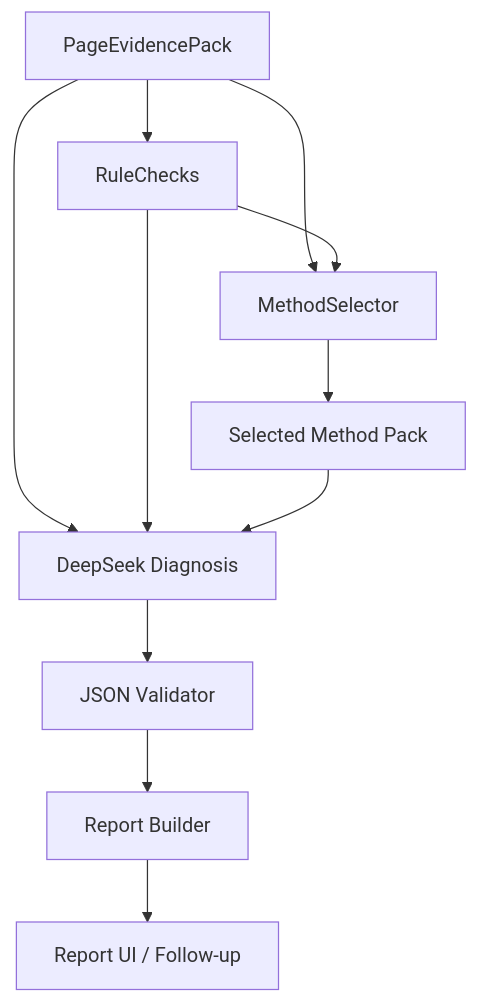
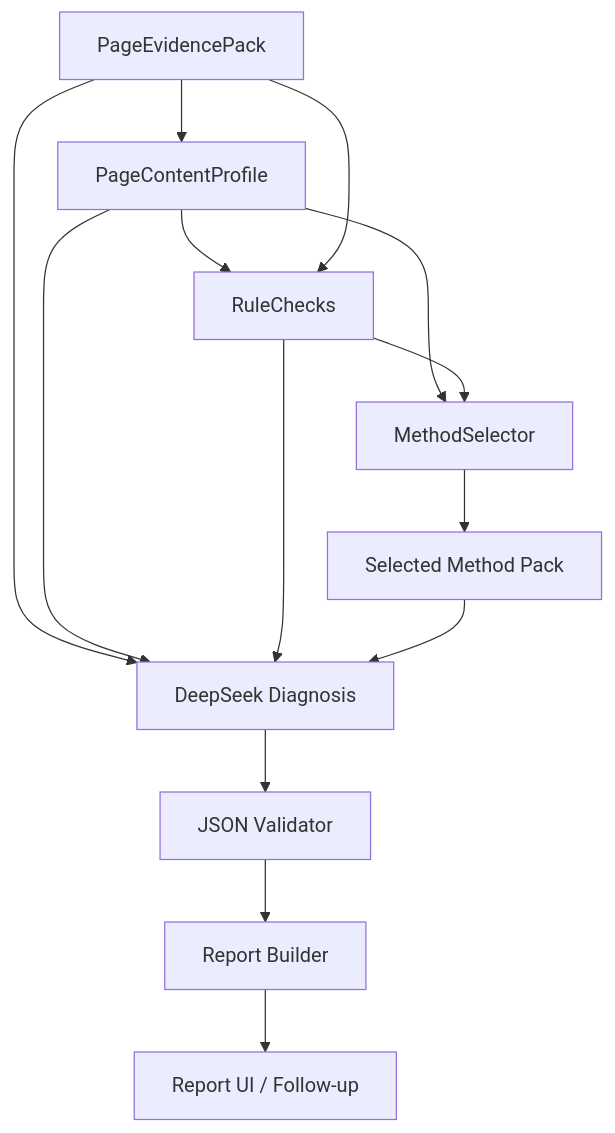
Before and after one commit to ai-geo-copilot/geo-copilot: the second of 2 diagrams in docs/GEO实施路线与架构决策.md, drawn with Mermaid. The commit also changed other lines of this file and 34 other files, not shown here.

Commit message:
Update page evidence pipeline and project docs

````diff
--- a/docs/GEO实施路线与架构决策.md
+++ b/docs/GEO实施路线与架构决策.md
@@ -48,13 +64,16 @@
 ```mermaid
 flowchart TD
-  A["PageEvidencePack"] --> B["RuleChecks"]
-  A --> C["MethodSelector"]
-  B --> C
-  C --> D["Selected Method Pack"]
-  A --> E["DeepSeek Diagnosis"]
-  B --> E
-  D --> E
-  E --> F["JSON Validator"]
-  F --> G["Report Builder"]
-  G --> H["Report UI / Follow-up"]
+  A["PageEvidencePack"] --> B["PageContentProfile"]
+  B --> C["RuleChecks"]
+  A --> C
+  B --> D["MethodSelector"]
+  C --> D
+  D --> E["Selected Method Pack"]
+  A --> F["DeepSeek Diagnosis"]
+  B --> F
+  C --> F
+  E --> F
+  F --> G["JSON Validator"]
+  G --> H["Report Builder"]
+  H --> I["Report UI / Follow-up"]
 ```
````
